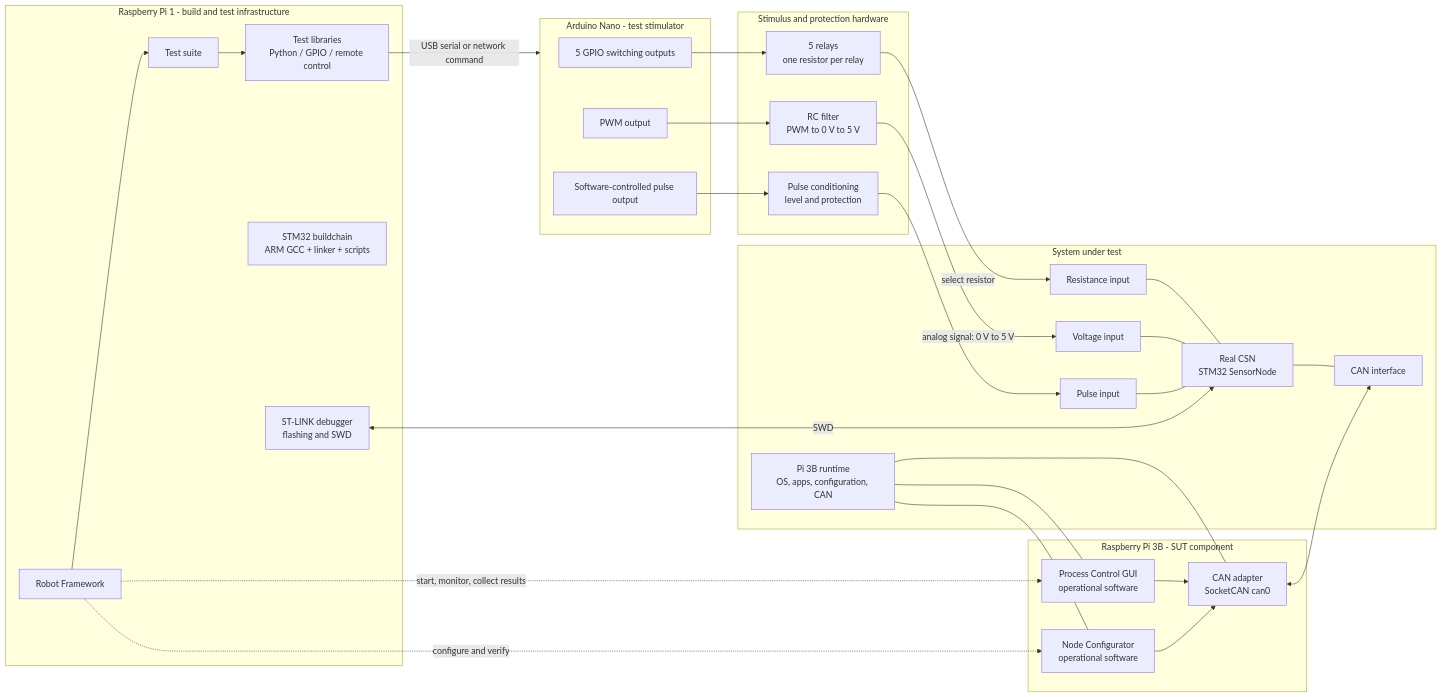
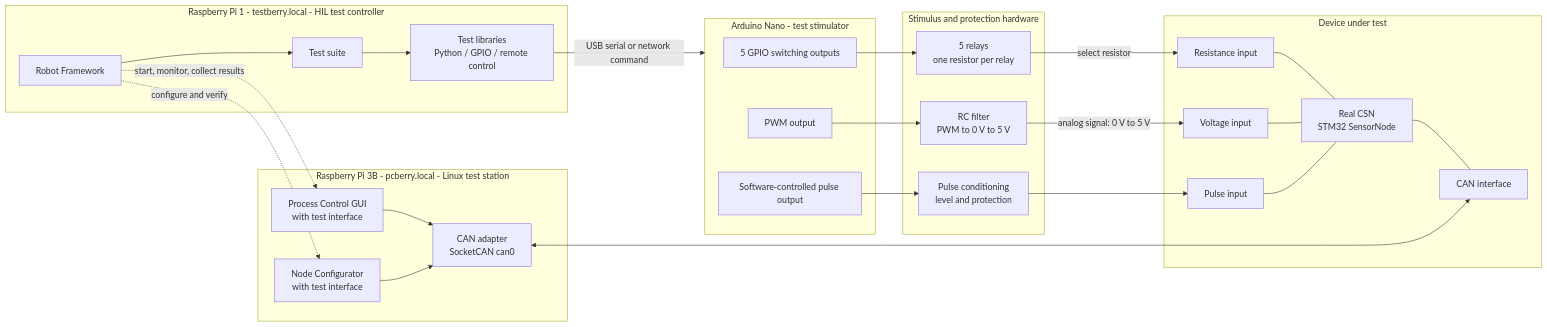
Before and after one commit to robse2069/ProcessControl: the second of 4 diagrams in Architecture/Infrastructure/DevelopmentInfrastructure.md, drawn with Mermaid. The commit also changed other lines of this file and 2 other files, not shown here.

Commit message:
Add SmokeTestLibrary and initial smoke test case for framework availability

````diff
--- a/Architecture/Infrastructure/DevelopmentInfrastructure.md
+++ b/Architecture/Infrastructure/DevelopmentInfrastructure.md
@@ -82,60 +72,53 @@
 ```mermaid
 flowchart LR
-  subgraph RPI1[ Raspberry Pi 1 - build and test infrastructure ]
+  subgraph RPI1[ Raspberry Pi 1 - testberry.local - HIL test controller ]
     RF[Robot Framework]
     SU[Test suite]
     LIB[Test libraries\nPython / GPIO / remote control]
-    BUILD[STM32 buildchain\nARM GCC + linker + scripts]
-    DEBUG[ST-LINK debugger\nflashing and SWD]
     RF --> SU
     SU --> LIB
   end
 
   subgraph NANO[Arduino Nano - test stimulator]
     DIO[5 GPIO switching outputs]
     PWM[PWM output]
     PULSE[Software-controlled pulse output]
   end
 
   subgraph SIG[Stimulus and protection hardware]
     RELAY[5 relays\none resistor per relay]
     RC[RC filter\nPWM to 0 V to 5 V]
     PDRV[Pulse conditioning\nlevel and protection]
   end
 
-  subgraph RPI3[ Raspberry Pi 3B - SUT component ]
-    GUI[Process Control GUI\noperational software]
-    CFG[Node Configurator\noperational software]
+  subgraph RPI3[ Raspberry Pi 3B - pcberry.local - Linux test station ]
+    GUI[Process Control GUI\nwith test interface]
+    CFG[Node Configurator\nwith test interface]
     ADAPTER[CAN adapter\nSocketCAN can0]
   end
 
-  subgraph SUT[System under test]
-    RUNTIME[Pi 3B runtime\nOS, apps, configuration, CAN]
+  subgraph DUT[Device under test]
     CSN[Real CSN\nSTM32 SensorNode]
     RIN[Resistance input]
     VIN[Voltage input]
     PIN[Pulse input]
     CSNCAN[CAN interface]
-    RUNTIME --- GUI
-    RUNTIME --- CFG
-    RUNTIME --- ADAPTER
     RIN --- CSN
     VIN --- CSN
     PIN --- CSN
     CSN --- CSNCAN
   end
 
   LIB -->|USB serial or network command| NANO
   DIO --> RELAY
   RELAY -->|select resistor| RIN
   PWM --> RC
   RC -->|analog signal: 0 V to 5 V| VIN
   PULSE --> PDRV
   PDRV --> PIN
   GUI --> ADAPTER
   CFG --> ADAPTER
   ADAPTER <--> CSNCAN
-  DEBUG <--> |SWD| CSN
   RF -.->|start, monitor, collect results| GUI
   RF -.->|configure and verify| CFG
 ```
````
